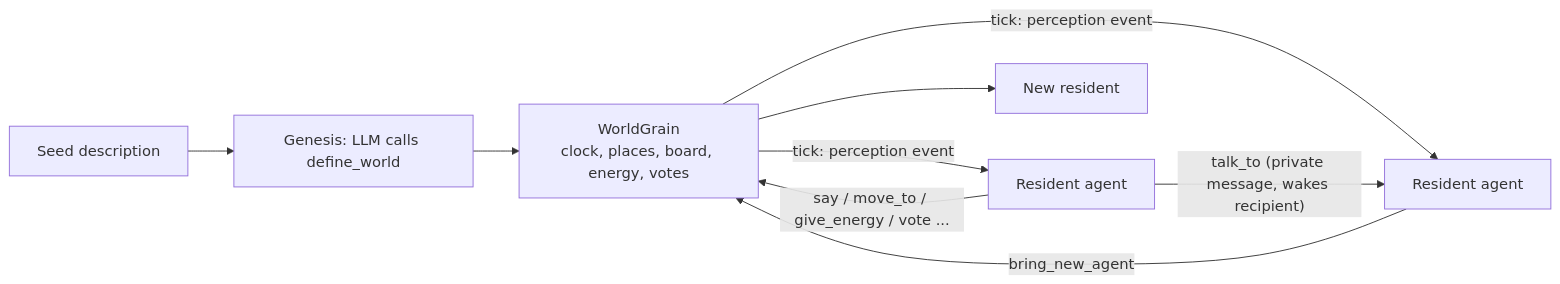
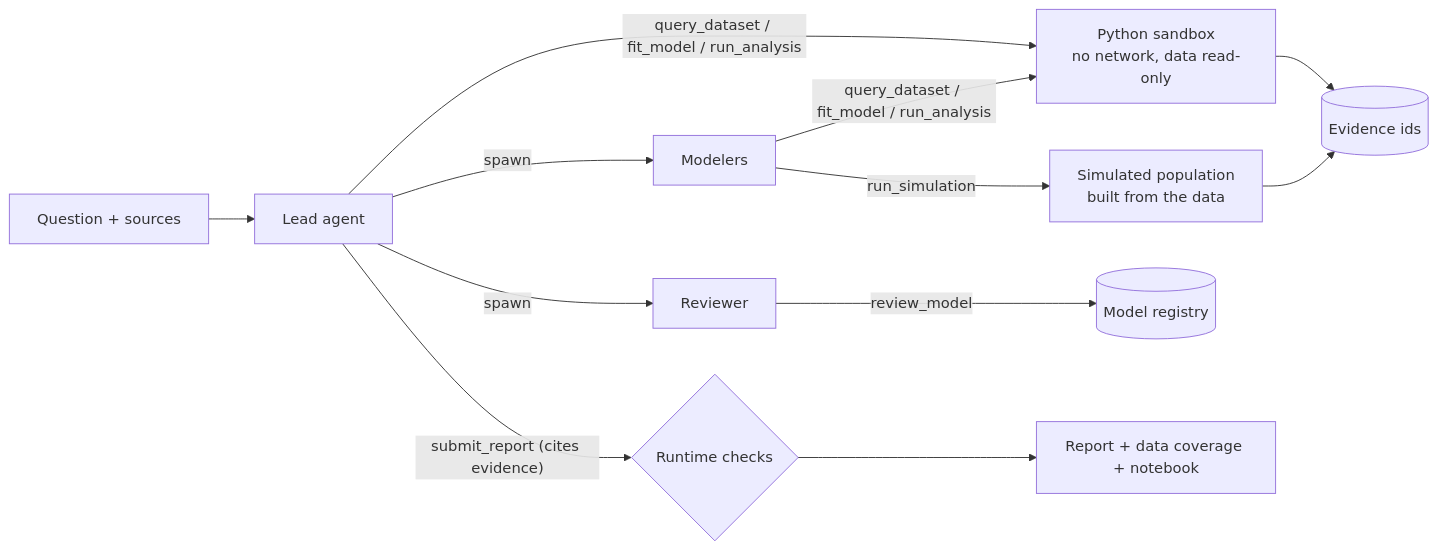
One commit to kaypee90/aktor-agents changed the second of 3 diagrams in README.md. Above: the diagram before and after it, drawn with Mermaid. The commit also changed other lines of this file and 83 other files, not shown here.

````diff
--- a/README.md
+++ b/README.md
@@ -377,11 +378,11 @@
 ```mermaid
 flowchart LR
-    Seed[Seed description] --> Genesis[Genesis: LLM calls define_world]
-    Genesis --> World[WorldGrain<br/>clock, places, board, energy, votes]
-    World -- "tick: perception event" --> R1[Resident agent]
-    World -- "tick: perception event" --> R2[Resident agent]
-    R1 -- "say / move_to / give_energy / vote ..." --> World
-    R1 -- "talk_to (private message, wakes recipient)" --> R2
-    R2 -- "bring_new_agent" --> World
-    World --> R3[New resident]
+    Q[Question + sources] --> Lead[Lead agent]
+    Lead -- spawn --> M[Modelers] & R[Reviewer]
+    Lead & M -- "query_dataset / fit_model / run_analysis" --> Box[Python sandbox<br/>no network, data read-only]
+    M -- "run_simulation" --> Sim[Simulated population<br/>built from the data]
+    Box & Sim --> Ev[(Evidence ids)]
+    R -- review_model --> Reg[(Model registry)]
+    Lead -- "submit_report (cites evidence)" --> Check{Runtime checks}
+    Check --> Report[Report + data coverage + notebook]
 ```
````
